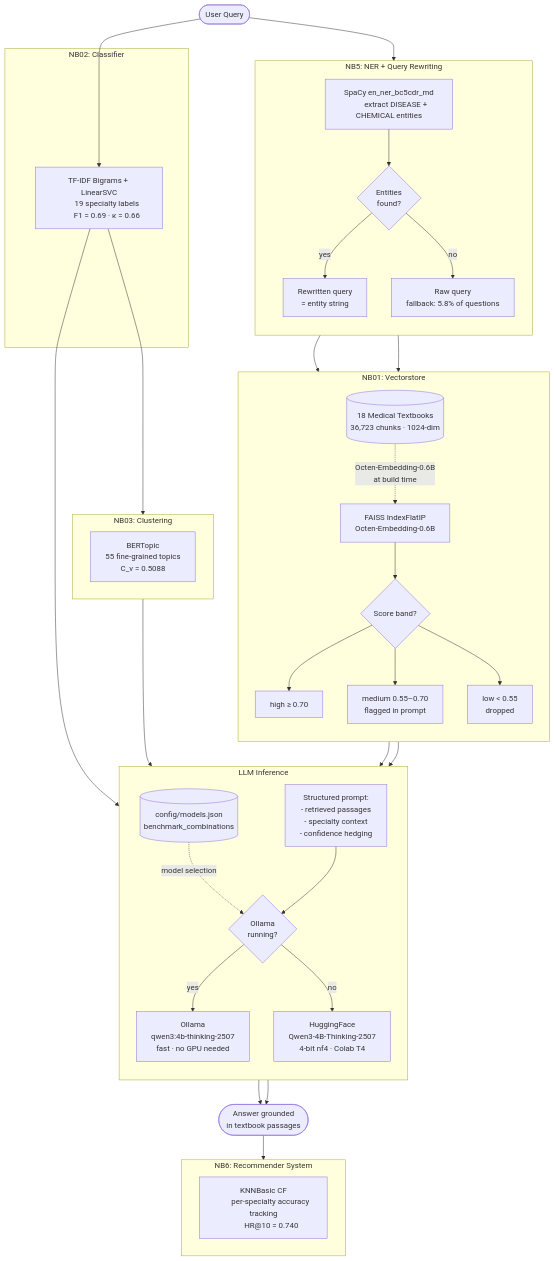
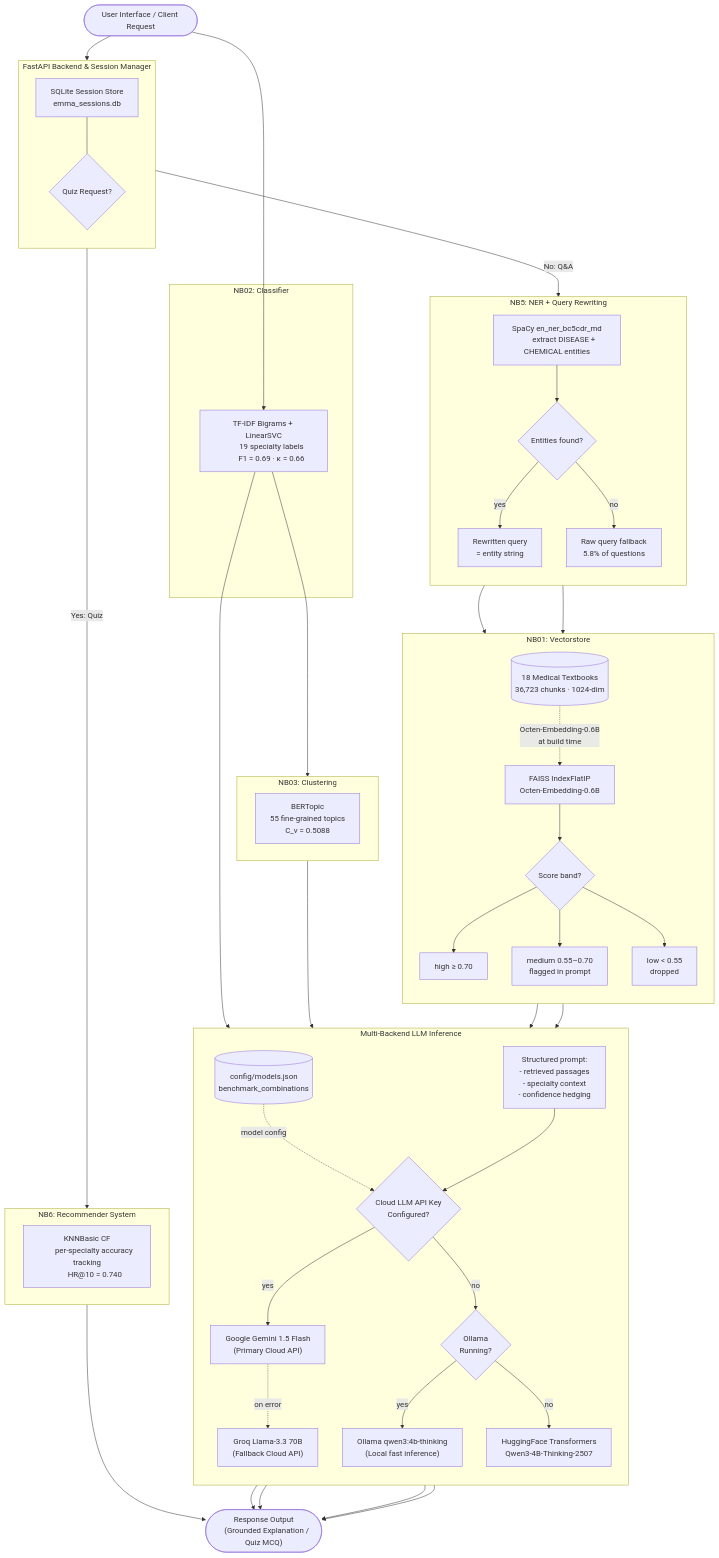
The first of 2 diagrams in README.md (jaxendutta/emma), drawn with Mermaid before and after one commit. The commit also changed other lines of this file, not shown here.

First line of the commit message:
docs(readme): update system architecture, features, and API setup

````diff
--- a/README.md
+++ b/README.md
@@ -76,17 +82,24 @@
 ```mermaid
 flowchart TD
-    U(["User Query"])
+    U(["User Interface / Client Request"])
+
+    subgraph API ["FastAPI Backend & Session Manager"]
+        direction TB
+        S1["SQLite Session Store
+        emma_sessions.db"]
+        QEngine{"Quiz Request?"}
+        S1 --- QEngine
+    end
 
     subgraph NER ["NB5: NER + Query Rewriting"]
         direction TB
         N1["SpaCy en_ner_bc5cdr_md
         extract DISEASE + CHEMICAL entities"]
-        N2{"Entities
-        found?"}
+        N2{"Entities found?"}
         N3["Rewritten query
         = entity string"]
-        N4["Raw query
-        fallback: 5.8% of questions"]
+        N4["Raw query fallback
+        5.8% of questions"]
         N1 --> N2
         N2 -->|yes| N3
         N2 -->|no| N4
@@ -124,7 +137,7 @@
         C_v = 0.5088"]
     end
 
-    subgraph LLM ["LLM Inference"]
+    subgraph LLM ["Multi-Backend LLM Inference"]
         direction TB
         MC[(config/models.json
         benchmark_combinations)]
@@ -132,18 +145,26 @@
         - retrieved passages
         - specialty context
         - confidence hedging"]
-        L1{"Ollama
-        running?"}
-        L2["Ollama
-        qwen3:4b-thinking-2507
-        fast · no GPU needed"]
-        L3["HuggingFace
-        Qwen3-4B-Thinking-2507
-        4-bit nf4 · Colab T4"]
-        MC -.->|model selection| L1
-        L4 --> L1
-        L1 -->|yes| L2
-        L1 -->|no| L3
+        P1{"Cloud LLM API Key
+        Configured?"}
+        P2["Google Gemini 1.5 Flash
+        (Primary Cloud API)"]
+        P3["Groq Llama-3.3 70B
+        (Fallback Cloud API)"]
+        P4{"Ollama
+        Running?"}
+        P5["Ollama qwen3:4b-thinking
+        (Local fast inference)"]
+        P6["HuggingFace Transformers
+        Qwen3-4B-Thinking-2507"]
+
+        MC -.->|model config| P1
+        L4 --> P1
+        P1 -->|yes| P2
+        P2 -.->|on error| P3
+        P1 -->|no| P4
+        P4 -->|yes| P5
+        P4 -->|no| P6
     end
 
     subgraph CRS ["NB6: Recommender System"]
@@ -152,10 +173,12 @@
         HR@10 = 0.740"]
     end
 
-    A(["Answer grounded
-    in textbook passages"])
+    A(["Response Output
+    (Grounded Explanation / Quiz MCQ)"])
 
-    U --> N1
+    U --> API
+    QEngine -->|No: Q&A| N1
+    QEngine -->|Yes: Quiz| CRS
     N3 --> V1
     N4 --> V1
     U --> C1
@@ -164,7 +187,9 @@
     V4 --> L4
     C1 --> L4
     CLU --> L4
-    L2 --> A
-    L3 --> A
-    A --> CRS
+    P2 --> A
+    P3 --> A
+    P5 --> A
+    P6 --> A
+    CRS --> A
 ```
````
